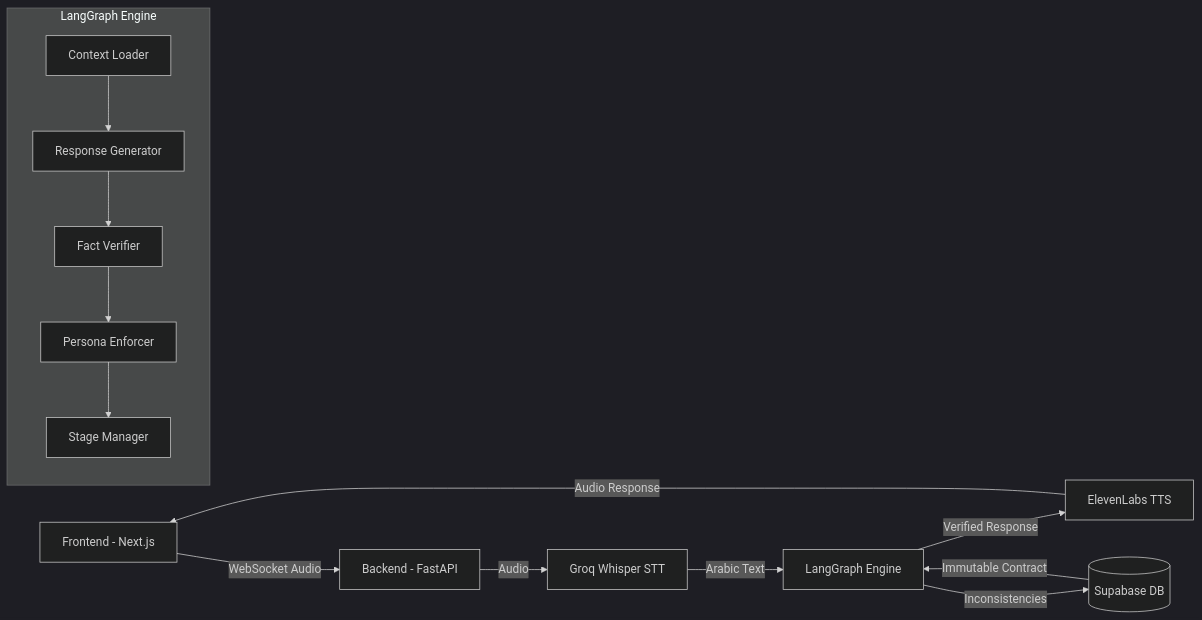
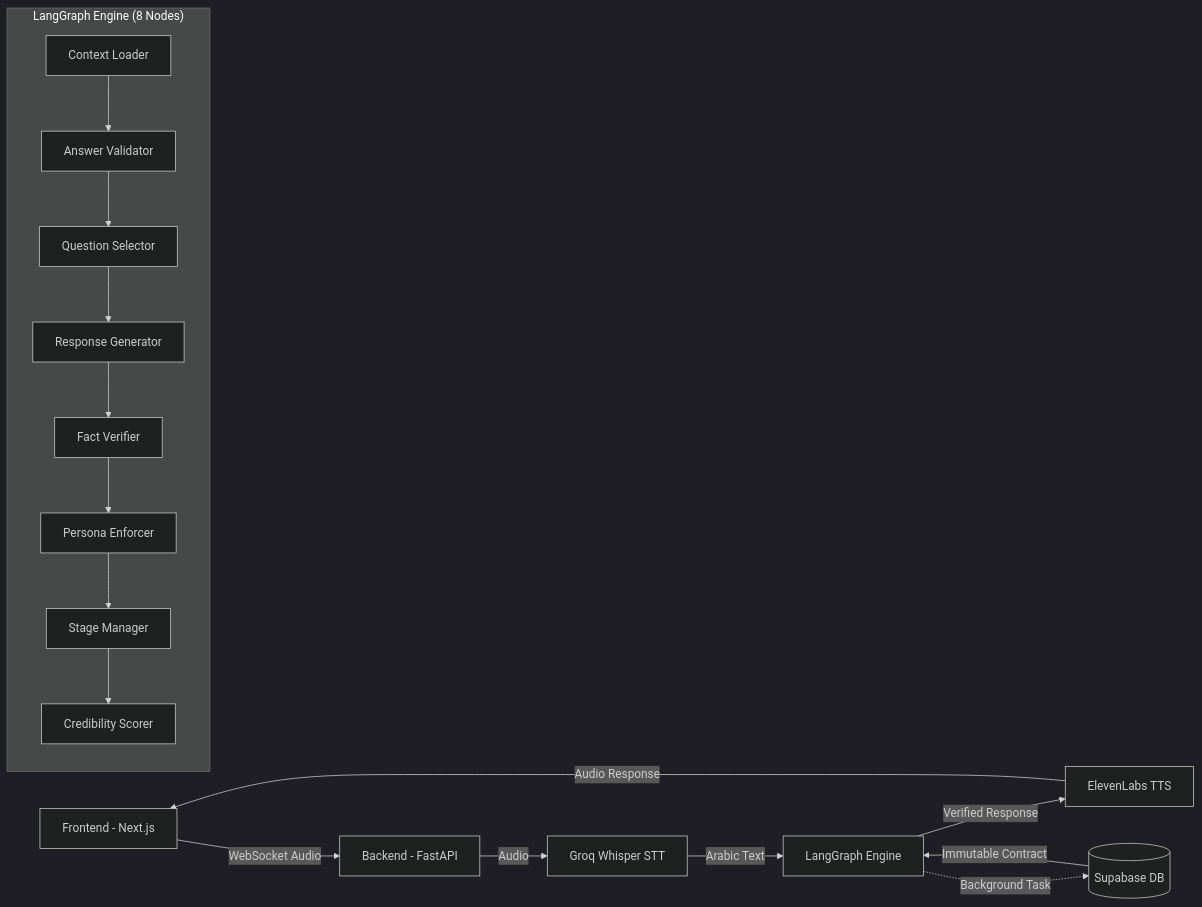
The diagram in README.md (Saif-Alqdessi/Sarah-HR), drawn with Mermaid (dark theme) before and after one commit. The commit also changed other lines of this file and 33 other files, not shown here.

````diff
--- a/README.md
+++ b/README.md
@@ -30,17 +36,20 @@
 ```mermaid
 flowchart LR
     A[Frontend - Next.js] -->|WebSocket Audio| B[Backend - FastAPI]
     B -->|Audio| C[Groq Whisper STT]
     C -->|Arabic Text| D[LangGraph Engine]
     D -->|Verified Response| E[ElevenLabs TTS]
     F[(Supabase DB)] -->|Immutable Contract| D
-    D -->|Inconsistencies| F
+    D -.->|Background Task| F
     E -->|Audio Response| A
     
-    subgraph "LangGraph Engine"
-      L1[Context Loader] --> L2[Response Generator]
-      L2 --> L3[Fact Verifier]
-      L3 --> L4[Persona Enforcer]
-      L4 --> L5[Stage Manager]
+    subgraph "LangGraph Engine (8 Nodes)"
+      L1[Context Loader] --> L1b[Answer Validator]
+      L1b --> L2[Question Selector]
+      L2 --> L3[Response Generator]
+      L3 --> L4[Fact Verifier]
+      L4 --> L5[Persona Enforcer]
+      L5 --> L6[Stage Manager]
+      L6 --> L7[Credibility Scorer]
     end
 ```
````
